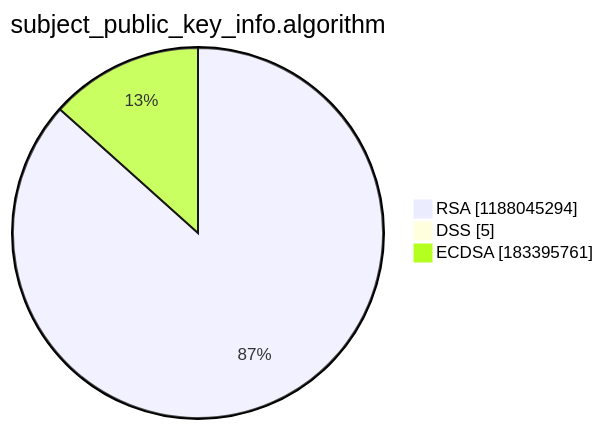
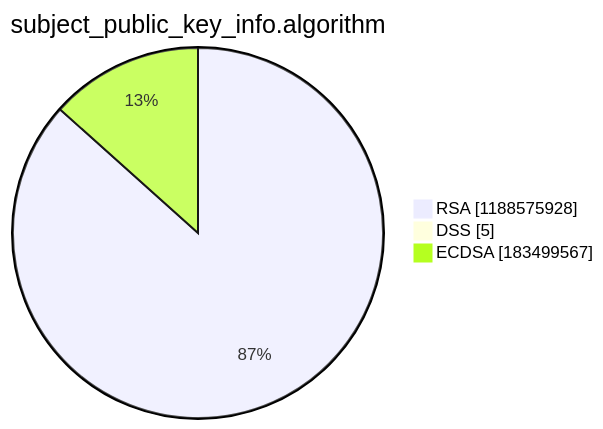
One commit to christiankrug/ctmonitor_visualization changed the third of 15 diagrams in argon2022/README.md. Above: the diagram before and after it, drawn with Mermaid. The commit also changed other lines of this file, not shown here.

````diff
--- a/argon2022/README.md
+++ b/argon2022/README.md
@@ -14,7 +14,7 @@
 ```mermaid
 pie showData
 title subject_public_key_info.algorithm
-"RSA" :1188045294
+"RSA" :1188575928
 "DSS" :5
-"ECDSA" :183395761
+"ECDSA" :183499567
 ```
````
